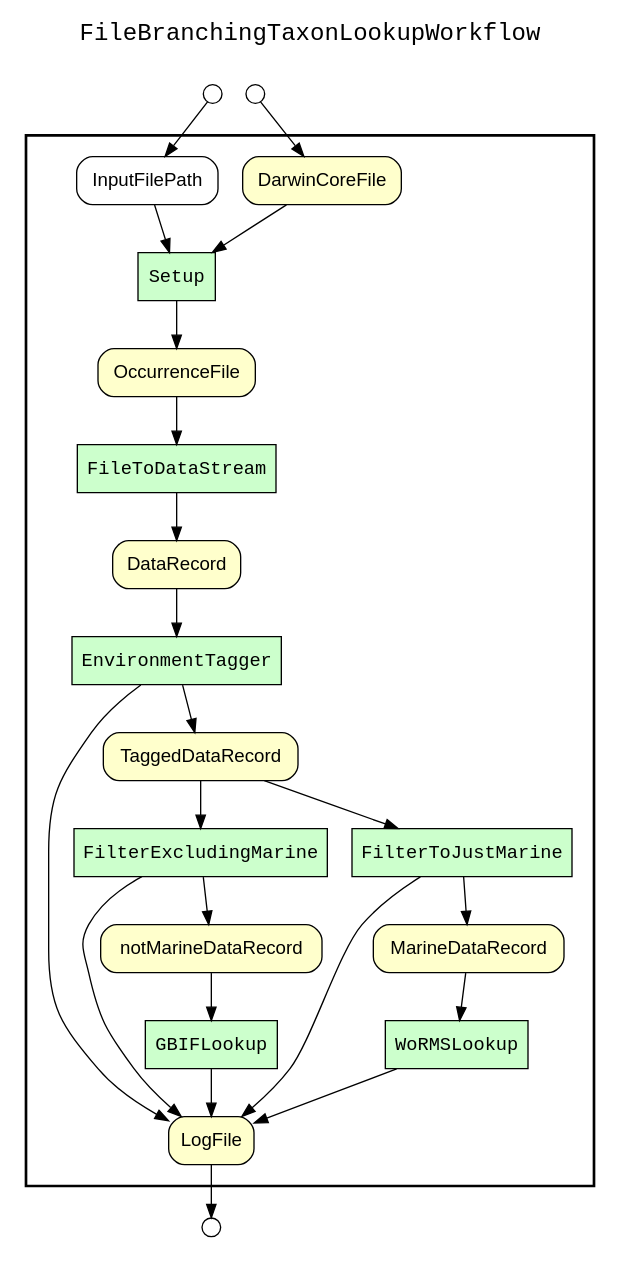
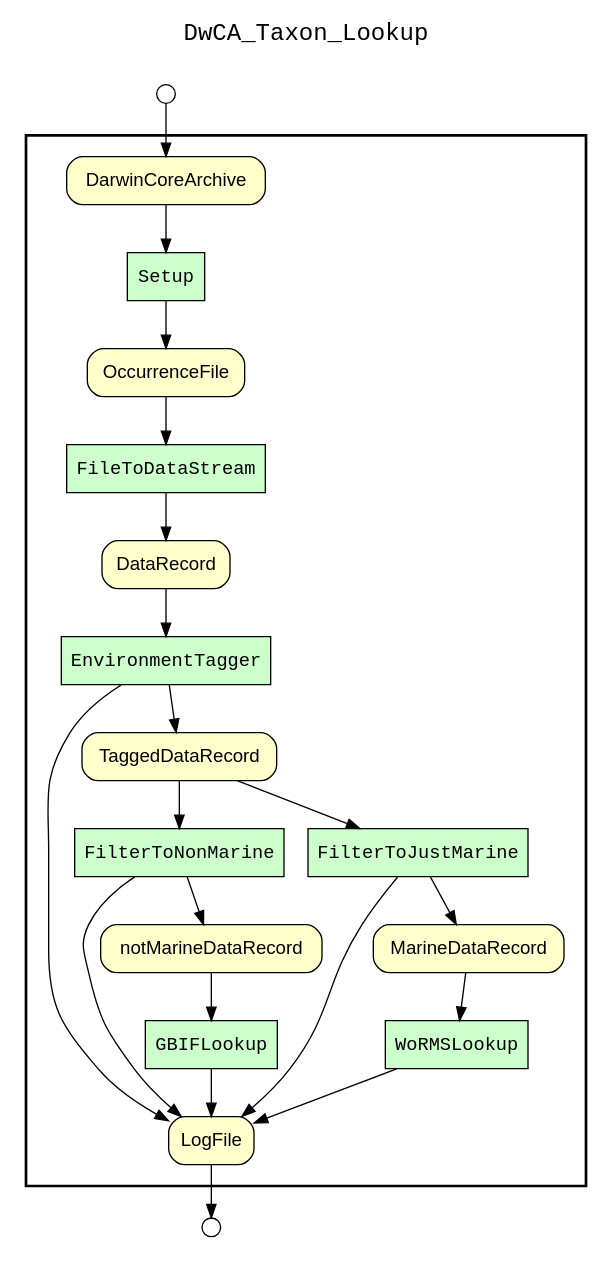
Before and after one commit to kurator-org/kurator-TDWG17-YW: the diagram in kurator_FileBranchingTaxonLookup/workflows/results/wf_upstream_of_LogFile.gv, drawn with Graphviz. The commit also changed 68 other files, not shown here.

```diff
--- a/kurator_FileBranchingTaxonLookup/workflows/results/wf_upstream_of_LogFile.gv
+++ b/kurator_FileBranchingTaxonLookup/workflows/results/wf_upstream_of_LogFile.gv
@@ -1,60 +1,56 @@
 
 digraph yw_data_view {
 rankdir=TB
 fontname=Courier; fontsize=18; labelloc=t
-label="FileBranchingTaxonLookupWorkflow"
+label="DwCA_Taxon_Lookup"
 subgraph cluster_workflow { label=""; color=black; penwidth=2
 subgraph cluster_workflow_inner { label=""; color=white
 node[shape=box style="filled" fillcolor="#CCFFCC" peripheries=1 fontname=Courier]
 FileToDataStream
 Setup
 GBIFLookup
 WoRMSLookup
-FilterExcludingMarine
+FilterToNonMarine
 FilterToJustMarine
 EnvironmentTagger
 node[shape=box style="filled" fillcolor="#CCFFCC" peripheries=1 fontname=Courier]
 node[shape=box style="rounded,filled" fillcolor="#FFFFCC" peripheries=1 fontname=Helvetica]
-DarwinCoreFile
+DarwinCoreArchive
 OccurrenceFile
 DataRecord
 LogFile
 TaggedDataRecord
 MarineDataRecord
 notMarineDataRecord
 node[shape=box style="rounded,filled" fillcolor="#FFFFFF" peripheries=1 fontname=Helvetica]
-InputFilePath
 }}
 subgraph cluster_inflows { label=""; color=white; penwidth=2
 subgraph cluster_inflows_inner { label=""; color=white
 node[shape=circle fillcolor="#FFFFFF" peripheries=1 width=0.2]
-DarwinCoreFile_inflow [label=""]
-InputFilePath_inflow [label=""]
+DarwinCoreArchive_inflow [label=""]
 }}
 subgraph cluster_outflows { label=""; color=white; penwidth=2
 subgraph cluster_outflows_inner { label=""; color=white
 node[shape=circle fillcolor="#FFFFFF" peripheries=1 width=0.2]
 LogFile_outflow [label=""]
 }}
 notMarineDataRecord -> GBIFLookup
 MarineDataRecord -> WoRMSLookup
-TaggedDataRecord -> FilterExcludingMarine
+TaggedDataRecord -> FilterToNonMarine
 TaggedDataRecord -> FilterToJustMarine
 DataRecord -> EnvironmentTagger
 OccurrenceFile -> FileToDataStream
-DarwinCoreFile -> Setup
-InputFilePath -> Setup
+DarwinCoreArchive -> Setup
 Setup -> OccurrenceFile
 FileToDataStream -> DataRecord
 EnvironmentTagger -> LogFile
 EnvironmentTagger -> TaggedDataRecord
 FilterToJustMarine -> LogFile
 FilterToJustMarine -> MarineDataRecord
-FilterExcludingMarine -> LogFile
-FilterExcludingMarine -> notMarineDataRecord
+FilterToNonMarine -> LogFile
+FilterToNonMarine -> notMarineDataRecord
 WoRMSLookup -> LogFile
 GBIFLookup -> LogFile
-DarwinCoreFile_inflow -> DarwinCoreFile
-InputFilePath_inflow -> InputFilePath
+DarwinCoreArchive_inflow -> DarwinCoreArchive
 LogFile -> LogFile_outflow
 }
```
